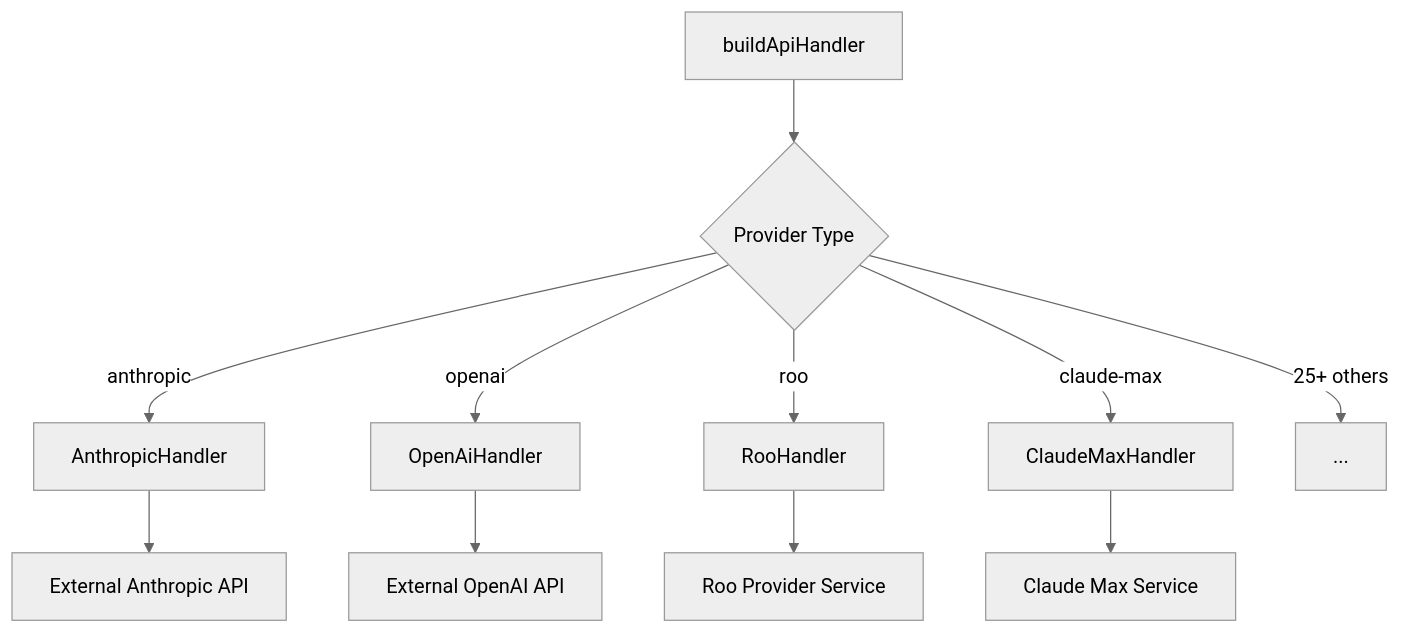
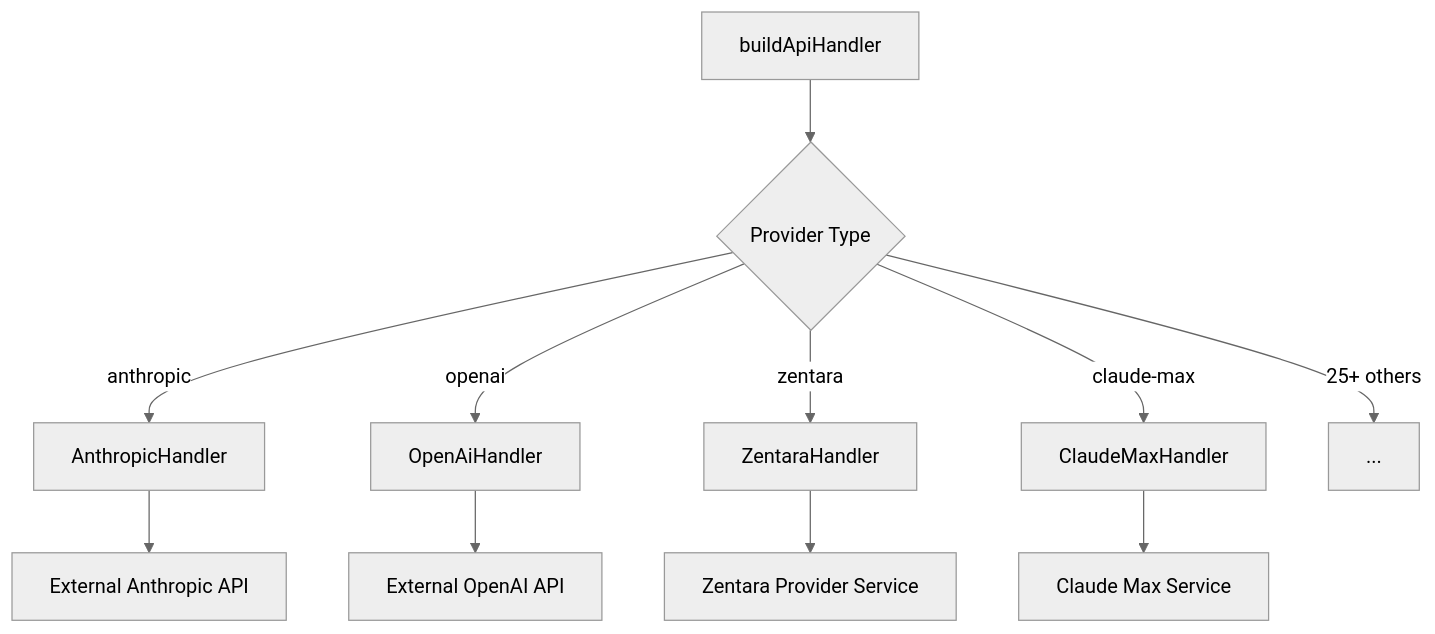
The first of 2 diagrams in api-integration-analysis.md (nigelp/Zentara-Code), drawn with Mermaid (neutral theme) before and after one commit. The commit also changed other lines of this file and 1172 other files, not shown here.

Commit message:
Rename roo to zentara

````diff
--- a/api-integration-analysis.md
+++ b/api-integration-analysis.md
@@ -13,14 +13,14 @@
 ```mermaid
 graph TD
     A[buildApiHandler] --> B{Provider Type}
     B -->|anthropic| C[AnthropicHandler]
     B -->|openai| D[OpenAiHandler]
-    B -->|roo| E[RooHandler]
+    B -->|zentara| E[ZentaraHandler]
     B -->|claude-max| F[ClaudeMaxHandler]
     B -->|25+ others| G[...]
     
     C --> H[External Anthropic API]
     D --> I[External OpenAI API]
-    E --> J[Roo Provider Service]
+    E --> J[Zentara Provider Service]
     F --> K[Claude Max Service]
 ```
````
